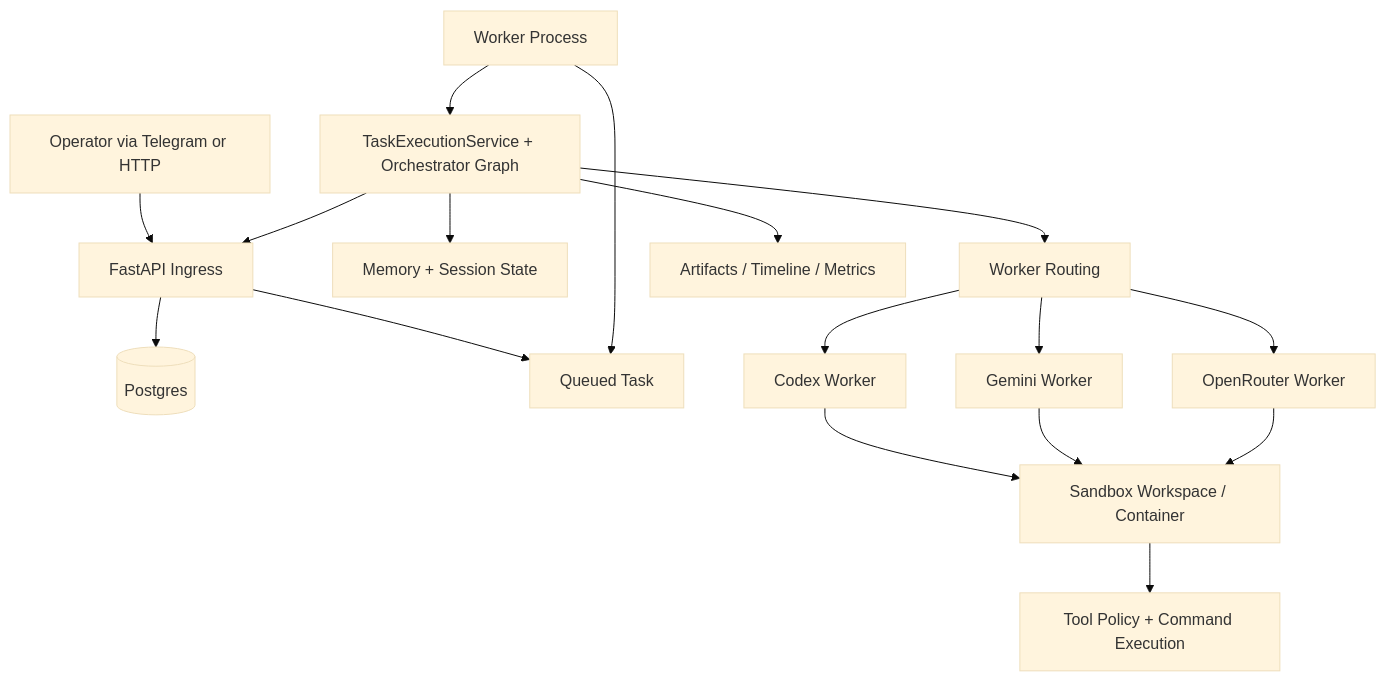
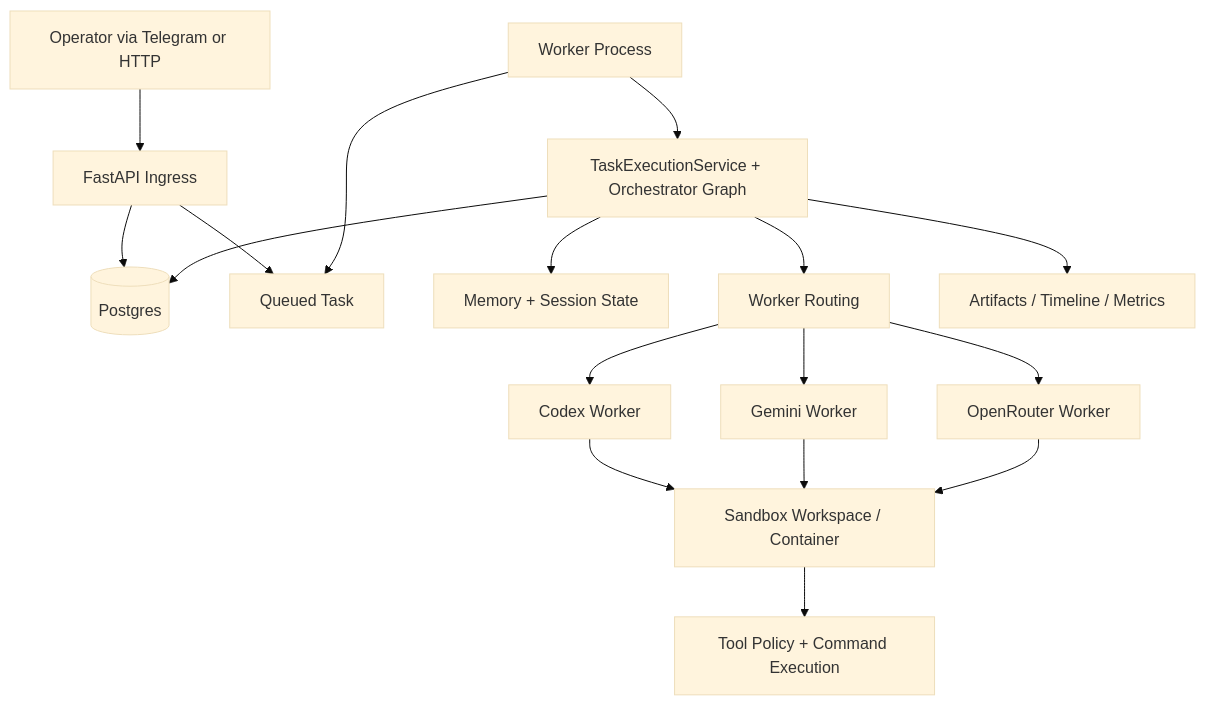
One commit to natanayalo/code-agent changed the diagram in docs/architecture.md. Above: the diagram before and after it, drawn with Mermaid (base theme). The commit also changed 1 other file, not shown here.

Commit message:
docs: address review comments on setup and architecture diagram

````diff
--- a/docs/architecture.md
+++ b/docs/architecture.md
@@ -127,23 +127,23 @@
 ```mermaid
 flowchart TD
     U[Operator via Telegram or HTTP] --> API[FastAPI Ingress]
     API --> DB[(Postgres)]
     API --> Q[Queued Task]
 
     W[Worker Process] --> Q
     W --> ORCH[TaskExecutionService + Orchestrator Graph]
     ORCH --> MEM[Memory + Session State]
     ORCH --> ROUTE[Worker Routing]
 
     ROUTE --> CW[Codex Worker]
     ROUTE --> GW[Gemini Worker]
     ROUTE --> OW[OpenRouter Worker]
 
     CW --> SB[Sandbox Workspace / Container]
     GW --> SB
     OW --> SB
 
     SB --> TOOLS[Tool Policy + Command Execution]
     ORCH --> ART[Artifacts / Timeline / Metrics]
-    ORCH --> API
+    ORCH --> DB
 ```
````
